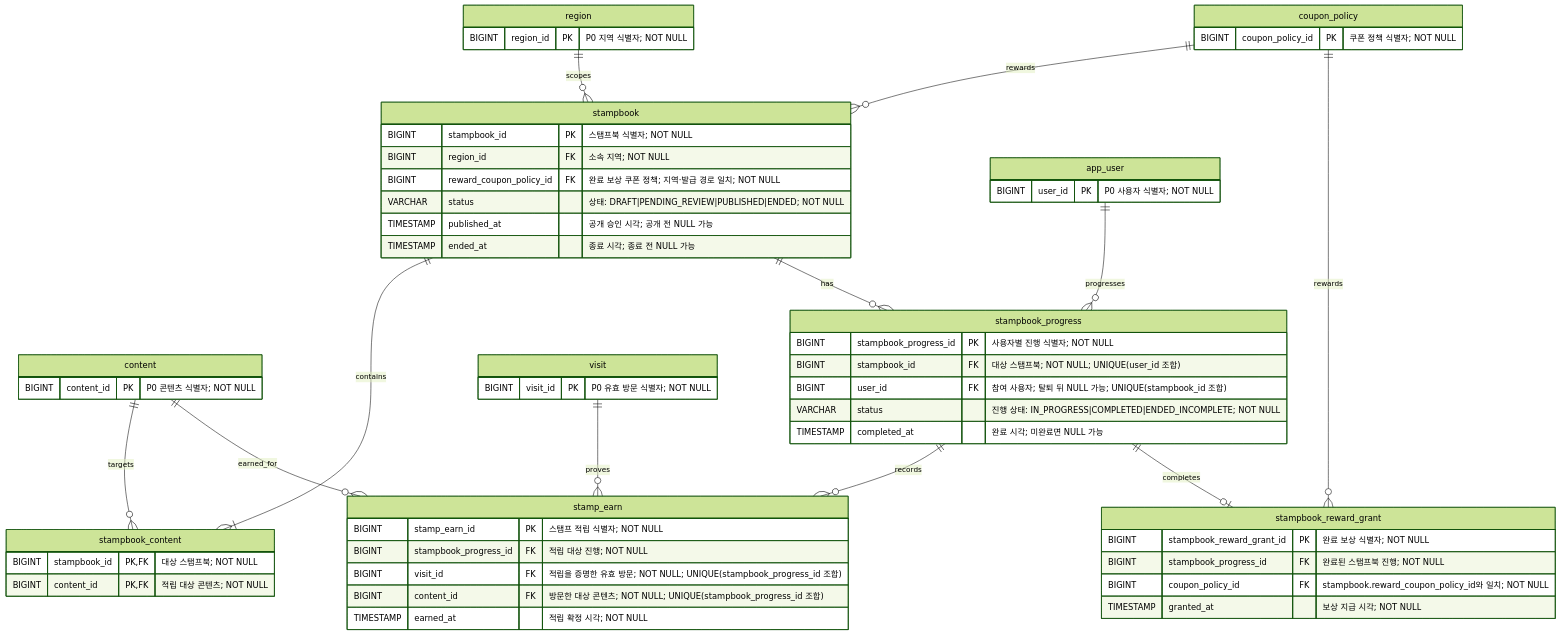
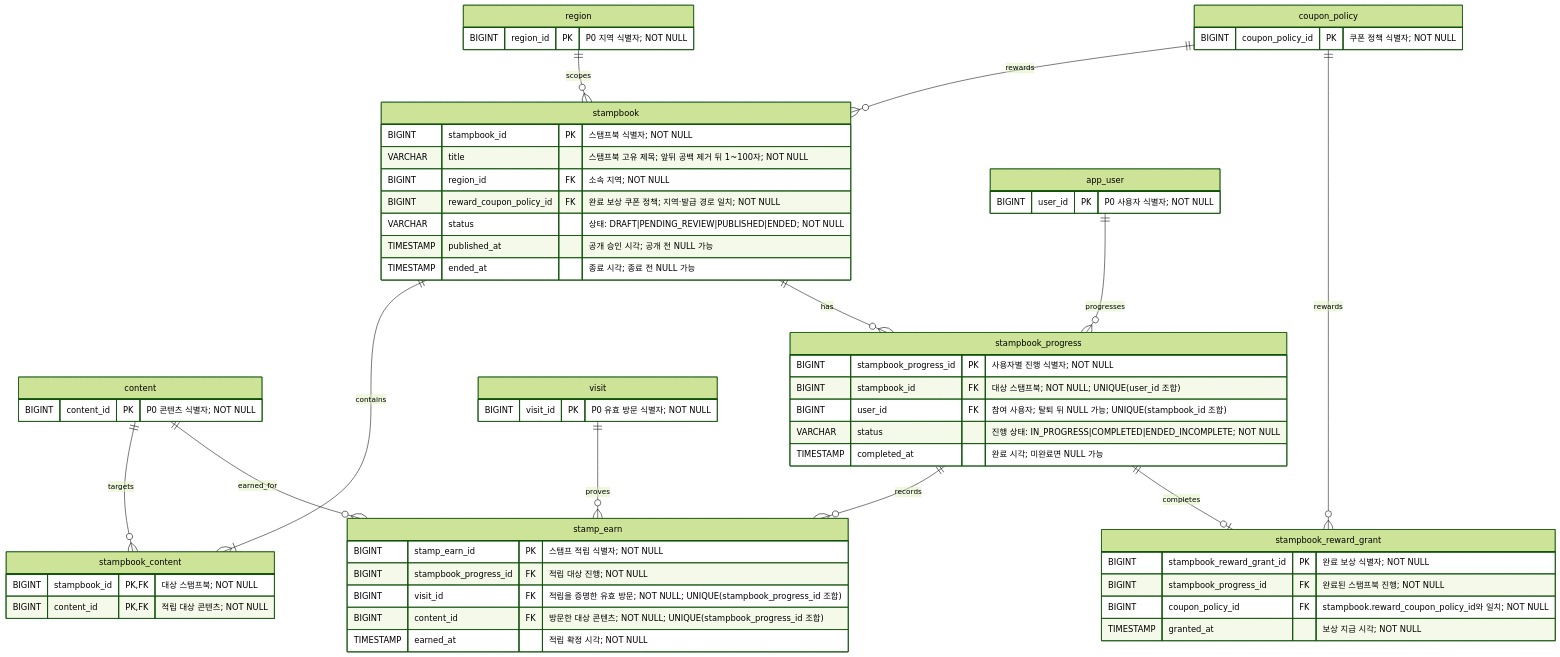
The second of 5 diagrams in docs/p1-erd.md (Gimhae-Yay/Regional-Event-Platform-Backend), drawn with Mermaid (forest theme) before and after one commit. The commit also changed other lines of this file and 6 other files, not shown here.

````diff
--- a/docs/p1-erd.md
+++ b/docs/p1-erd.md
@@ -88,62 +88,63 @@
 ```mermaid
 erDiagram
     region ||--o{ stampbook : scopes
     coupon_policy ||--o{ stampbook : rewards
     content ||--o{ stampbook_content : targets
     stampbook ||--|{ stampbook_content : contains
     stampbook ||--o{ stampbook_progress : has
     app_user ||--o{ stampbook_progress : progresses
     stampbook_progress ||--o{ stamp_earn : records
     content ||--o{ stamp_earn : earned_for
     visit ||--o{ stamp_earn : proves
     stampbook_progress ||--o| stampbook_reward_grant : completes
     coupon_policy ||--o{ stampbook_reward_grant : rewards
 
     app_user {
         BIGINT user_id PK "P0 사용자 식별자; NOT NULL"
     }
     region {
         BIGINT region_id PK "P0 지역 식별자; NOT NULL"
     }
     content {
         BIGINT content_id PK "P0 콘텐츠 식별자; NOT NULL"
     }
     visit {
         BIGINT visit_id PK "P0 유효 방문 식별자; NOT NULL"
     }
     coupon_policy {
         BIGINT coupon_policy_id PK "쿠폰 정책 식별자; NOT NULL"
     }
     stampbook {
         BIGINT stampbook_id PK "스탬프북 식별자; NOT NULL"
+        VARCHAR title "스탬프북 고유 제목; 앞뒤 공백 제거 뒤 1~100자; NOT NULL"
         BIGINT region_id FK "소속 지역; NOT NULL"
         BIGINT reward_coupon_policy_id FK "완료 보상 쿠폰 정책; 지역·발급 경로 일치; NOT NULL"
         VARCHAR status "상태: DRAFT|PENDING_REVIEW|PUBLISHED|ENDED; NOT NULL"
         TIMESTAMP published_at "공개 승인 시각; 공개 전 NULL 가능"
         TIMESTAMP ended_at "종료 시각; 종료 전 NULL 가능"
     }
     stampbook_content {
         BIGINT stampbook_id PK, FK "대상 스탬프북; NOT NULL"
         BIGINT content_id PK, FK "적립 대상 콘텐츠; NOT NULL"
     }
     stampbook_progress {
         BIGINT stampbook_progress_id PK "사용자별 진행 식별자; NOT NULL"
         BIGINT stampbook_id FK "대상 스탬프북; NOT NULL; UNIQUE(user_id 조합)"
         BIGINT user_id FK "참여 사용자; 탈퇴 뒤 NULL 가능; UNIQUE(stampbook_id 조합)"
         VARCHAR status "진행 상태: IN_PROGRESS|COMPLETED|ENDED_INCOMPLETE; NOT NULL"
         TIMESTAMP completed_at "완료 시각; 미완료면 NULL 가능"
     }
     stamp_earn {
         BIGINT stamp_earn_id PK "스탬프 적립 식별자; NOT NULL"
         BIGINT stampbook_progress_id FK "적립 대상 진행; NOT NULL"
         BIGINT visit_id FK "적립을 증명한 유효 방문; NOT NULL; UNIQUE(stampbook_progress_id 조합)"
         BIGINT content_id FK "방문한 대상 콘텐츠; NOT NULL; UNIQUE(stampbook_progress_id 조합)"
         TIMESTAMP earned_at "적립 확정 시각; NOT NULL"
     }
     stampbook_reward_grant {
         BIGINT stampbook_reward_grant_id PK "완료 보상 식별자; NOT NULL"
         BIGINT stampbook_progress_id FK "완료된 스탬프북 진행; NOT NULL"
         BIGINT coupon_policy_id FK "stampbook.reward_coupon_policy_id와 일치; NOT NULL"
         TIMESTAMP granted_at "보상 지급 시각; NOT NULL"
     }
 ```
````
